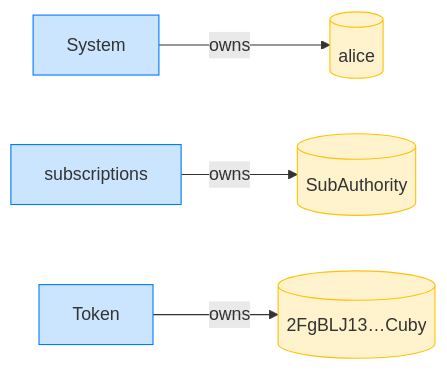
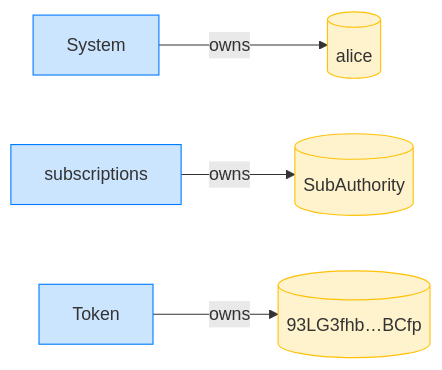
One commit to cds-rs/subscriptions changed the fourth of 12 diagrams in dsl_tests/fixed-transfer-cannot-exceed-the-allowance-across-pulls.md. Above: the diagram before and after it, drawn with Mermaid. The commit also changed other lines of this file and 224 other files, not shown here.

````diff
--- a/dsl_tests/fixed-transfer-cannot-exceed-the-allowance-across-pulls.md
+++ b/dsl_tests/fixed-transfer-cannot-exceed-the-allowance-across-pulls.md
@@ -73,14 +78,14 @@
 ```mermaid
 flowchart LR
     classDef owner fill:#cce5ff,stroke:#007bff;
     classDef account fill:#fff3cd,stroke:#ffc107;
     System[System]:::owner
     alice[(alice)]:::account
     subscriptions[subscriptions]:::owner
     SubAuthority[(SubAuthority)]:::account
     Token[Token]:::owner
-    2FgBLJ13_Cuby[("2FgBLJ13…Cuby")]:::account
+    93LG3fhb_BCfp[("93LG3fhb…BCfp")]:::account
     System -->|owns| alice
     subscriptions -->|owns| SubAuthority
-    Token -->|owns| 2FgBLJ13_Cuby
+    Token -->|owns| 93LG3fhb_BCfp
 ```
````
